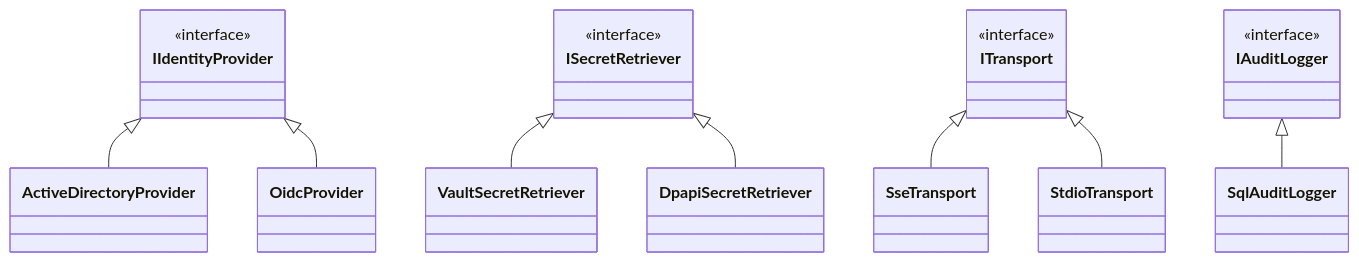
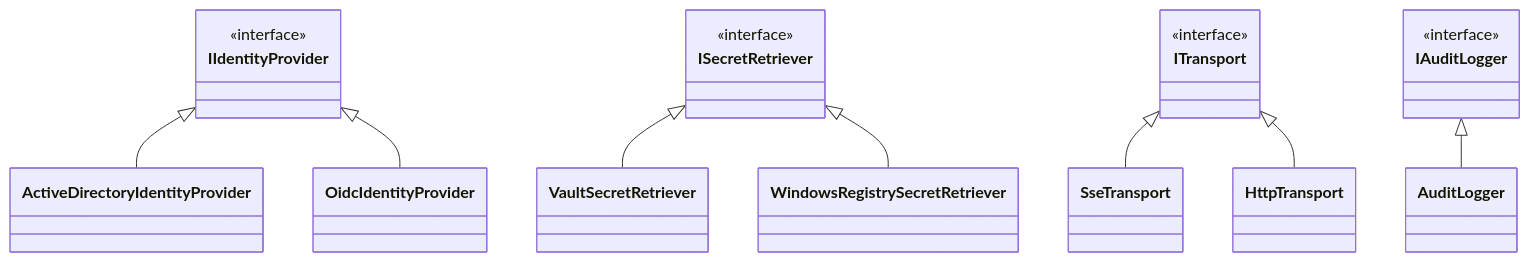
Before and after one commit to spelech/CSharp-MCP-Router: the fifth of 6 diagrams in ARCHITECTURE.md, drawn with Mermaid. The commit also changed other lines of this file and 10 other files, not shown here.

````diff
--- a/ARCHITECTURE.md
+++ b/ARCHITECTURE.md
@@ -172,32 +172,32 @@
 ```mermaid
 classDiagram
     class IIdentityProvider {
         <<interface>>
     }
-    class ActiveDirectoryProvider
-    class OidcProvider
-    IIdentityProvider <|-- ActiveDirectoryProvider
-    IIdentityProvider <|-- OidcProvider
+    class ActiveDirectoryIdentityProvider
+    class OidcIdentityProvider
+    IIdentityProvider <|-- ActiveDirectoryIdentityProvider
+    IIdentityProvider <|-- OidcIdentityProvider
 
     class ISecretRetriever {
         <<interface>>
     }
     class VaultSecretRetriever
-    class DpapiSecretRetriever
+    class WindowsRegistrySecretRetriever
     ISecretRetriever <|-- VaultSecretRetriever
-    ISecretRetriever <|-- DpapiSecretRetriever
+    ISecretRetriever <|-- WindowsRegistrySecretRetriever
 
     class ITransport {
         <<interface>>
     }
     class SseTransport
-    class StdioTransport
+    class HttpTransport
     ITransport <|-- SseTransport
-    ITransport <|-- StdioTransport
+    ITransport <|-- HttpTransport
 
     class IAuditLogger {
         <<interface>>
     }
-    class SqlAuditLogger
-    IAuditLogger <|-- SqlAuditLogger
+    class AuditLogger
+    IAuditLogger <|-- AuditLogger
 ```
````
